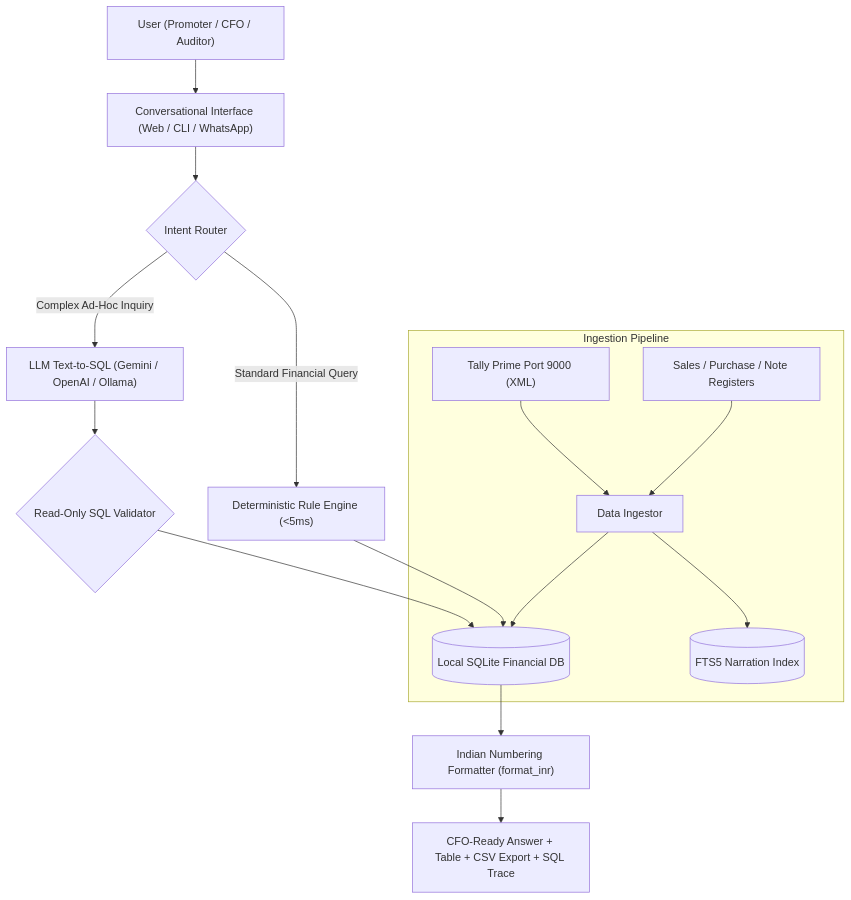
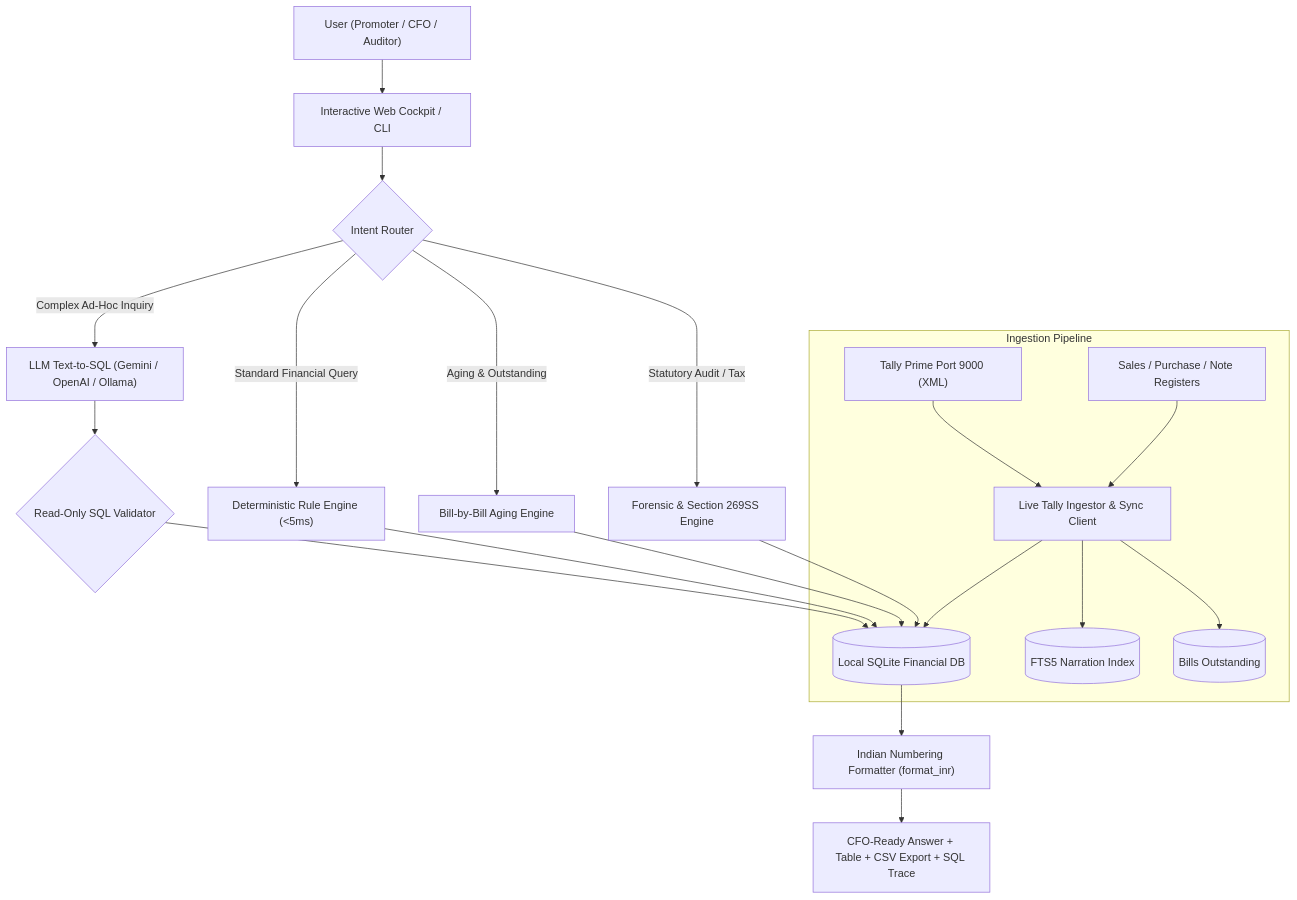
Before and after one commit to datawizibility/LedgerGPT: the diagram in README.md, drawn with Mermaid. The commit also changed other lines of this file and 4 other files, not shown here.

````diff
--- a/README.md
+++ b/README.md
@@ -27,22 +31,27 @@
 ```mermaid
 flowchart TD
-    User["User (Promoter / CFO / Auditor)"] --> Chat["Conversational Interface (Web / CLI / WhatsApp)"]
-    Chat --> Router{"Intent Router"}
+    User["User (Promoter / CFO / Auditor)"] --> Cockpit["Interactive Web Cockpit / CLI"]
+    Cockpit --> Router{"Intent Router"}
     
     Router -->|Standard Financial Query| Engine["Deterministic Rule Engine (<5ms)"]
+    Router -->|Aging & Outstanding| AgingEngine["Bill-by-Bill Aging Engine"]
+    Router -->|Statutory Audit / Tax| ForensicEngine["Forensic & Section 269SS Engine"]
     Router -->|Complex Ad-Hoc Inquiry| LLM["LLM Text-to-SQL (Gemini / OpenAI / Ollama)"]
     
     LLM --> Validator{"Read-Only SQL Validator"}
     Validator --> SQLite[("Local SQLite Financial DB")]
     Engine --> SQLite
+    AgingEngine --> SQLite
+    ForensicEngine --> SQLite
     
     SQLite --> Formatter["Indian Numbering Formatter (format_inr)"]
     Formatter --> Output["CFO-Ready Answer + Table + CSV Export + SQL Trace"]
     
     subgraph Ingestion Pipeline
-        Tally["Tally Prime Port 9000 (XML)"] --> Ingestor["Data Ingestor"]
+        Tally["Tally Prime Port 9000 (XML)"] --> Ingestor["Live Tally Ingestor & Sync Client"]
         CSVDumps["Sales / Purchase / Note Registers"] --> Ingestor
         Ingestor --> SQLite
         Ingestor --> FTS5[("FTS5 Narration Index")]
+        Ingestor --> BillsTable[("Bills Outstanding")]
     end
 ```
````
